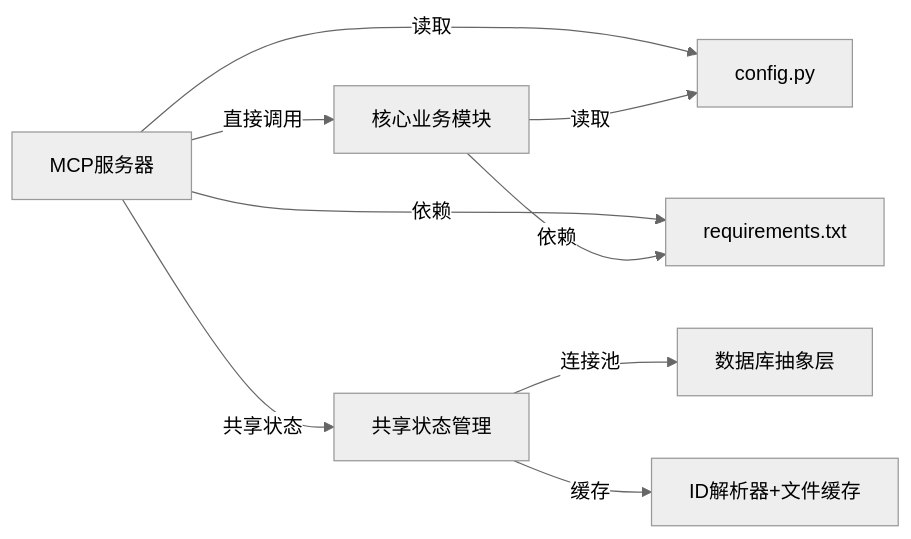
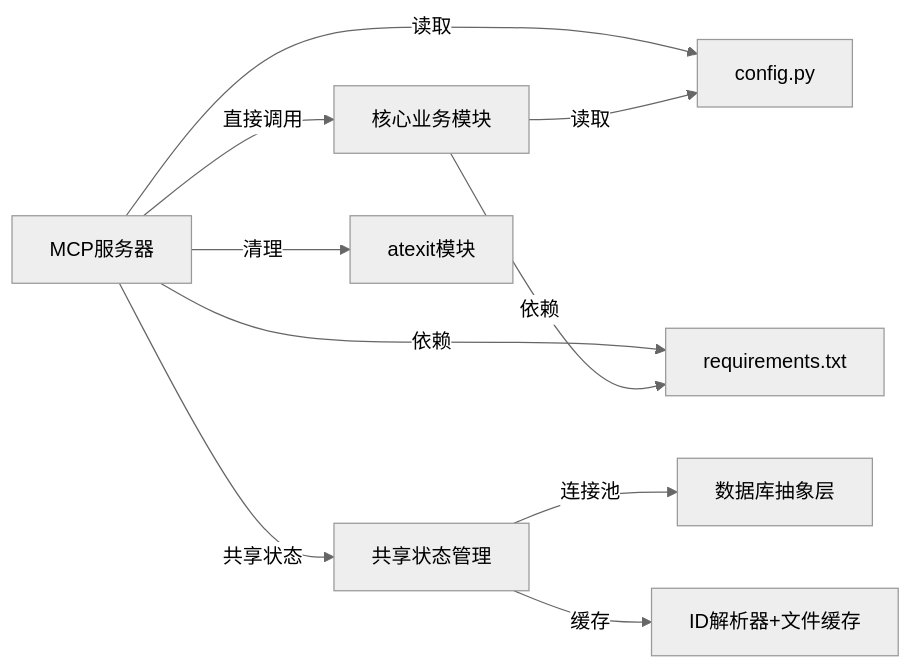
One commit to 1173591564/academic-based-qoder changed the eighth of 8 diagrams in .qoder/repowiki/zh/content/MCP服务系统/MCP服务器架构.md. Above: the diagram before and after it, drawn with Mermaid (neutral theme). The commit also changed other lines of this file and 81 other files, not shown here.

````diff
--- a/.qoder/repowiki/zh/content/MCP服务系统/MCP服务器架构.md
+++ b/.qoder/repowiki/zh/content/MCP服务系统/MCP服务器架构.md
@@ -340,11 +418,12 @@
 ```mermaid
 graph LR
 MCP["MCP服务器"] --> |直接调用| Core["核心业务模块"]
 MCP --> |共享状态| State["共享状态管理"]
 State --> |连接池| DB["数据库抽象层"]
 State --> |缓存| Cache["ID解析器+文件缓存"]
 MCP --> |读取| Config["config.py"]
 Core --> |读取| Config
 MCP --> |依赖| Req["requirements.txt"]
 Core --> |依赖| Req
+MCP --> |清理| Atexit["atexit模块"]
 ```
````
